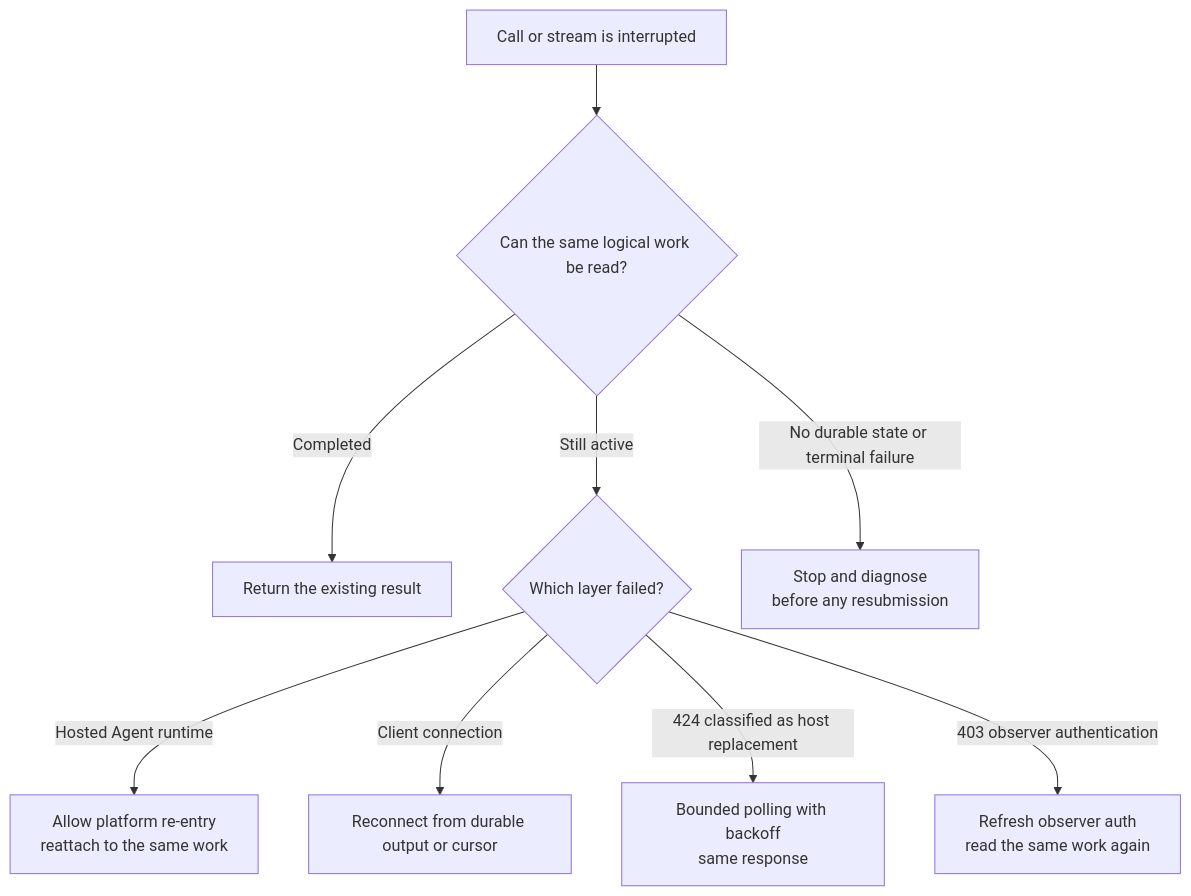
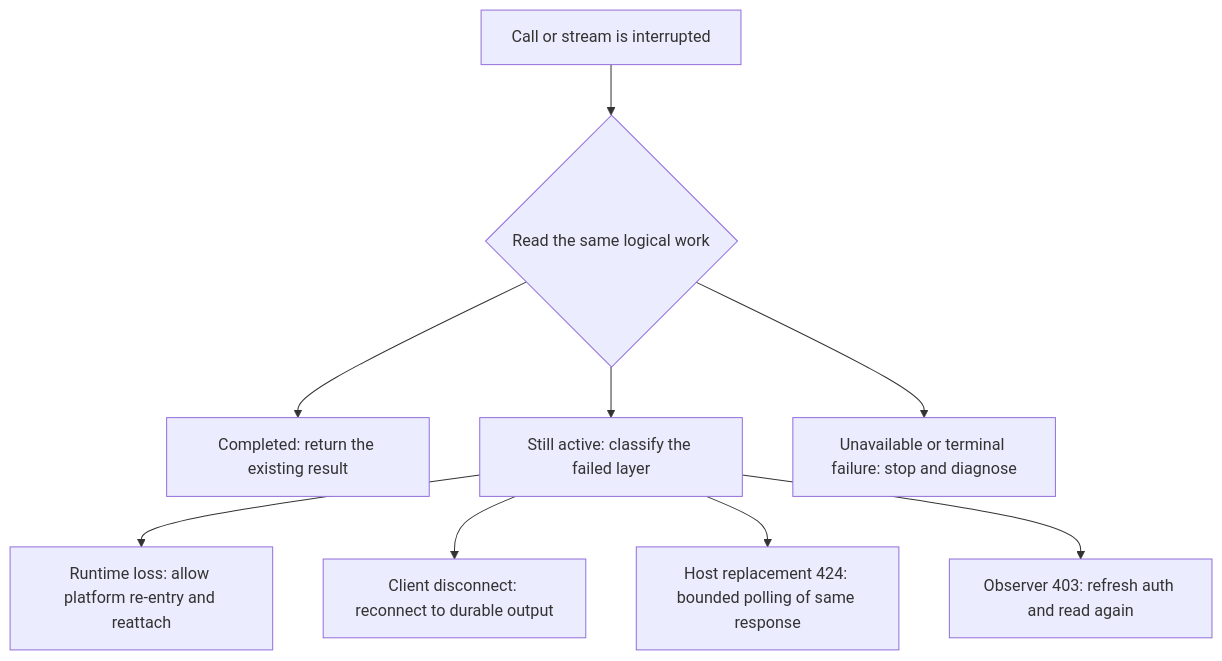
Before and after one commit to david-xinyuwei/david-share: the diagram in Agents/Foundry-Long-Running-Agent-Resilience/README.md, drawn with Mermaid. The commit also changed 1 other file, not shown here.

Commit message:
docs: simplify recovery flow for GitHub rendering

````diff
--- a/Agents/Foundry-Long-Running-Agent-Resilience/README.md
+++ b/Agents/Foundry-Long-Running-Agent-Resilience/README.md
@@ -162,11 +162,11 @@
 ```mermaid
 flowchart TD
-	A["Call or stream is interrupted"] --> B{"Can the same logical work be read?"}
-	B -->|"Completed"| C["Return the existing result"]
-	B -->|"Still active"| D{"Which layer failed?"}
-	D -->|"Hosted Agent runtime"| E["Allow platform re-entry<br/>reattach to the same work"]
-	D -->|"Client connection"| F["Reconnect from durable output or cursor"]
-	D -->|"424 classified as host replacement"| G["Bounded polling with backoff<br/>same response"]
-	D -->|"403 observer authentication"| H["Refresh observer auth<br/>read the same work again"]
-	B -->|"No durable state or terminal failure"| I["Stop and diagnose<br/>before any resubmission"]
+	A["Call or stream is interrupted"] --> B{"Read the same logical work"}
+	B --> C["Completed: return the existing result"]
+	B --> D["Still active: classify the failed layer"]
+	B --> I["Unavailable or terminal failure: stop and diagnose"]
+	D --> E["Runtime loss: allow platform re-entry and reattach"]
+	D --> F["Client disconnect: reconnect to durable output"]
+	D --> G["Host replacement 424: bounded polling of same response"]
+	D --> H["Observer 403: refresh auth and read again"]
 ```
````
